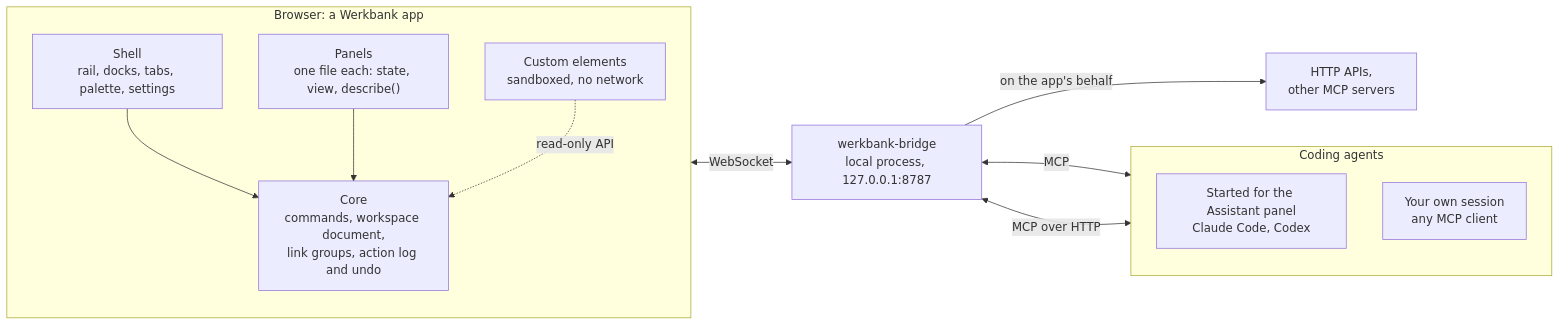
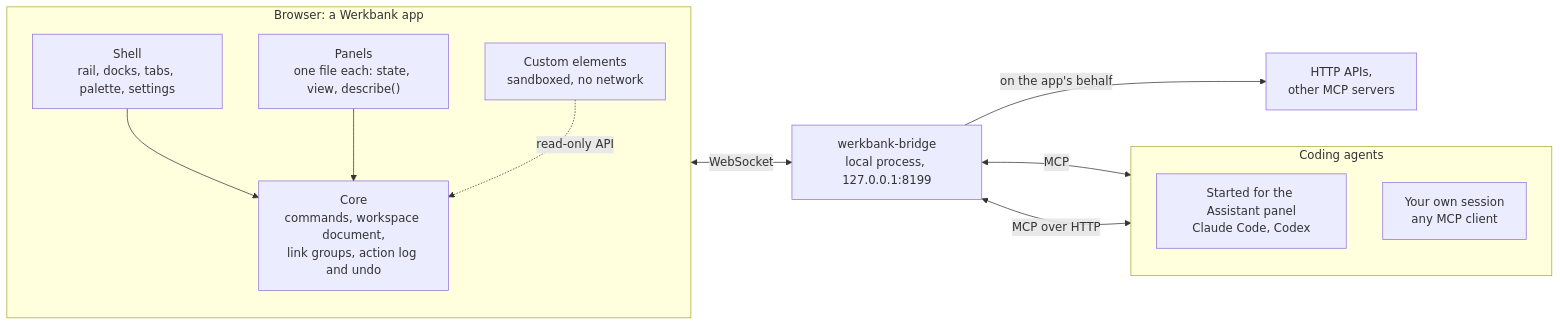
The first of 5 diagrams in README.md (julian-hilg/werkbank), drawn with Mermaid before and after one commit. The commit also changed other lines of this file and 56 other files, not shown here.

````diff
--- a/README.md
+++ b/README.md
@@ -36,25 +36,25 @@
 ```mermaid
 flowchart LR
   subgraph Browser["Browser: a Werkbank app"]
     direction TB
     Shell["Shell<br/>rail, docks, tabs, palette, settings"]
     Panels["Panels<br/>one file each: state, view, describe()"]
     Core["Core<br/>commands, workspace document,<br/>link groups, action log and undo"]
     Sandbox["Custom elements<br/>sandboxed, no network"]
     Shell --> Core
     Panels --> Core
     Sandbox -. "read-only API" .-> Core
   end
 
-  Bridge["werkbank-bridge<br/>local process, 127.0.0.1:8787"]
+  Bridge["werkbank-bridge<br/>local process, 127.0.0.1:8199"]
   Core <-- "WebSocket" --> Bridge
 
   subgraph Agents["Coding agents"]
     direction TB
     InApp["Started for the Assistant panel<br/>Claude Code, Codex"]
     Own["Your own session<br/>any MCP client"]
   end
   Bridge <-- "MCP" --> InApp
   Bridge <-- "MCP over HTTP" --> Own
   Bridge -- "on the app's behalf" --> Outside["HTTP APIs,<br/>other MCP servers"]
 ```
````
